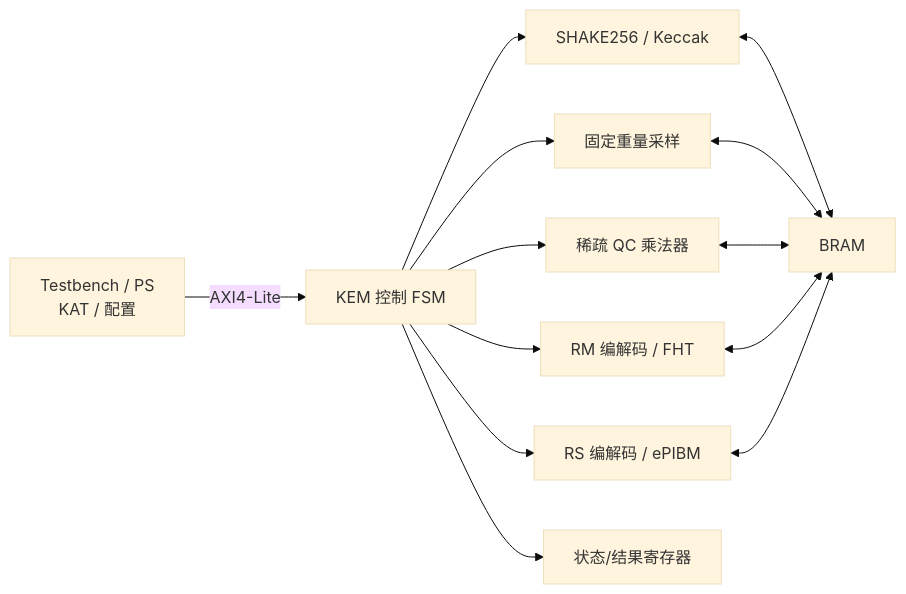
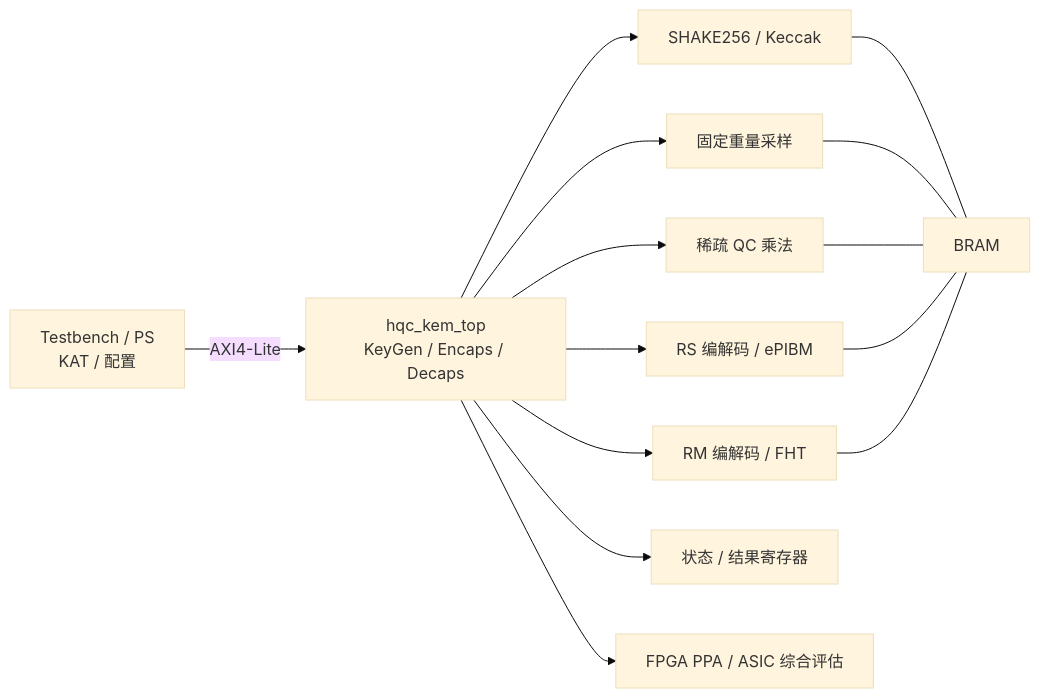
One commit to LibJiang/dachuang changed the diagram in README.md. Above: the diagram before and after it, drawn with Mermaid (base theme). The commit also changed other lines of this file and 3 other files, not shown here.

Commit message:
docs: add overall work plan and project architecture

````diff
--- a/README.md
+++ b/README.md
@@ -58,15 +17,16 @@
 ```mermaid
 flowchart LR
-    HOST[Testbench / PS<br/>KAT / 配置] -->|AXI4-Lite| CTRL[KEM 控制 FSM]
-    CTRL --> SHAKE[SHAKE256 / Keccak]
-    CTRL --> SAMP[固定重量采样]
-    CTRL --> SM[稀疏 QC 乘法器]
-    CTRL --> RM[RM 编解码 / FHT]
-    CTRL --> RS[RS 编解码 / ePIBM]
-    SHAKE <--> MEM[BRAM]
-    SAMP <--> MEM
-    SM <--> MEM
-    RM <--> MEM
-    RS <--> MEM
-    CTRL --> REG[状态/结果寄存器]
+    HOST[Testbench / PS<br/>KAT / 配置] -->|AXI4-Lite| TOP[hqc_kem_top<br/>KeyGen / Encaps / Decaps]
+    TOP --> SHAKE[SHAKE256 / Keccak]
+    TOP --> SAMP[固定重量采样]
+    TOP --> SM[稀疏 QC 乘法]
+    TOP --> RS[RS 编解码 / ePIBM]
+    TOP --> RM[RM 编解码 / FHT]
+    SHAKE --- MEM[BRAM]
+    SAMP --- MEM
+    SM --- MEM
+    RS --- MEM
+    RM --- MEM
+    TOP --> REG[状态 / 结果寄存器]
+    TOP --> OUT[FPGA PPA / ASIC 综合评估]
 ```
````
